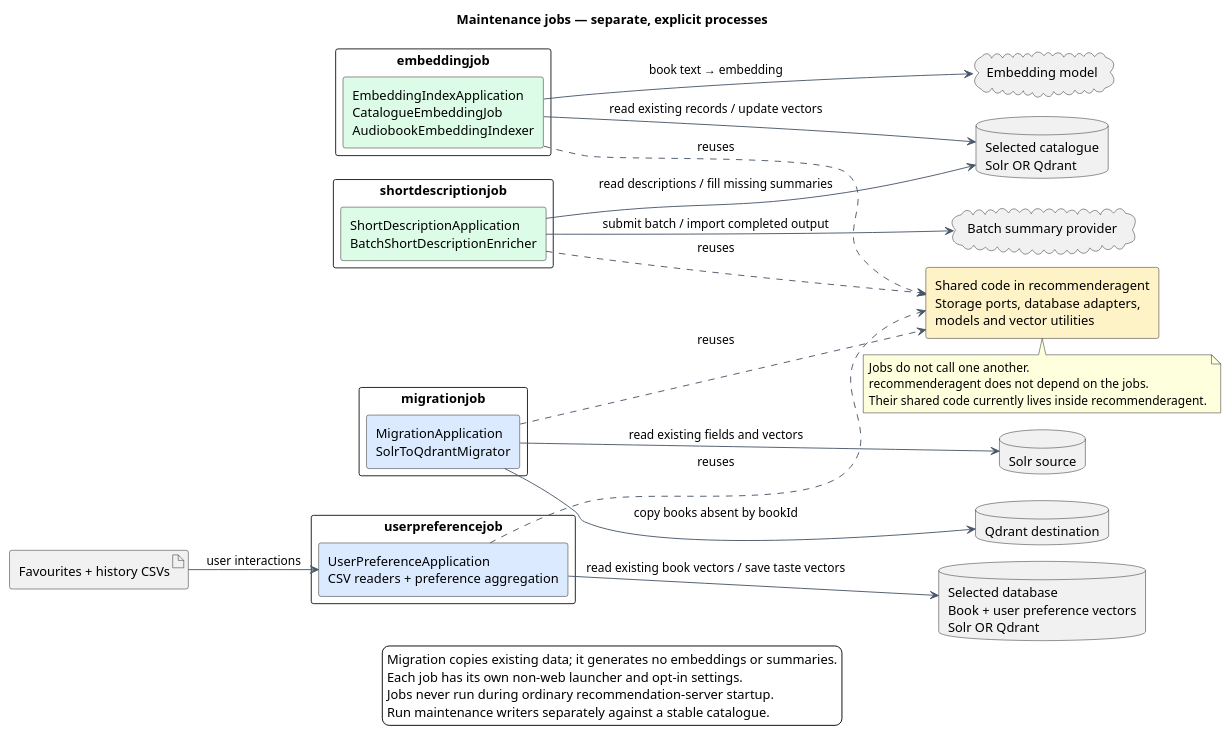
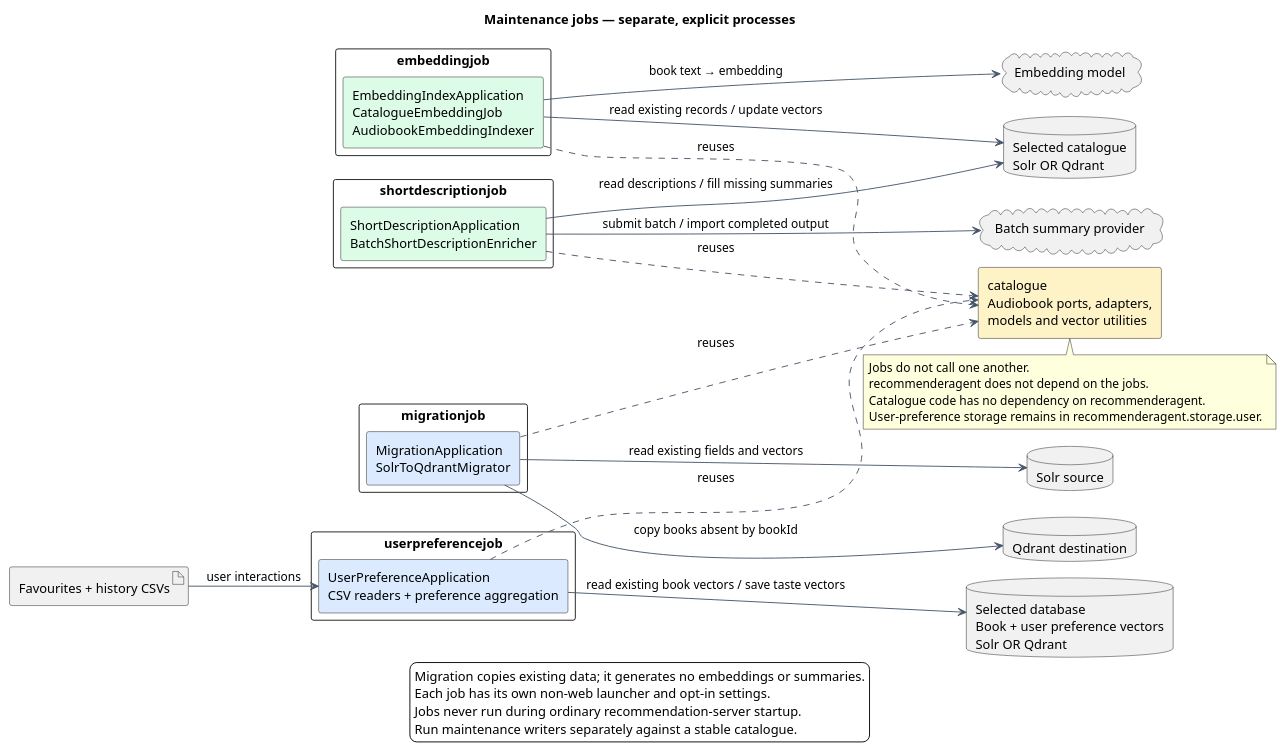
One commit to Juliu9/IT-Project changed the diagram in docs/diagrams/maintenance-jobs.puml. Above: the diagram before and after it, drawn with PlantUML. The commit also changed 9 other files, not shown here.

First line of the commit message:
Document shared catalogue and response generation responsibilities

```diff
--- a/docs/diagrams/maintenance-jobs.puml
+++ b/docs/diagrams/maintenance-jobs.puml
@@ -1,58 +1,59 @@
 @startuml
 !pragma layout smetana
 title Maintenance jobs — separate, explicit processes
 left to right direction
 skinparam backgroundColor #FFFFFF
 skinparam shadowing false
 skinparam componentStyle rectangle
 skinparam packageStyle rectangle
 skinparam defaultFontName SansSerif
 skinparam ArrowColor #475569
 
 package "embeddingjob" {
   component "EmbeddingIndexApplication\nCatalogueEmbeddingJob\nAudiobookEmbeddingIndexer" as Embedding #DCFCE7
 }
 package "shortdescriptionjob" {
   component "ShortDescriptionApplication\nBatchShortDescriptionEnricher" as Summary #DCFCE7
 }
 package "migrationjob" {
   component "MigrationApplication\nSolrToQdrantMigrator" as Migration #DBEAFE
 }
 package "userpreferencejob" {
   component "UserPreferenceApplication\nCSV readers + preference aggregation" as Preferences #DBEAFE
 }
-component "Shared code in recommenderagent\nStorage ports, database adapters,\nmodels and vector utilities" as Shared #FEF3C7
+component "catalogue\nAudiobook ports, adapters,\nmodels and vector utilities" as Shared #FEF3C7
 database "Selected catalogue\nSolr OR Qdrant" as Catalogue
 database "Solr source" as SolrSource
 database "Qdrant destination" as QdrantTarget
 database "Selected database\nBook + user preference vectors\nSolr OR Qdrant" as UserStore
 artifact "Favourites + history CSVs" as CSV
 cloud "Embedding model" as EmbeddingModel
 cloud "Batch summary provider" as SummaryModel
 
 Embedding ..> Shared : reuses
 Summary ..> Shared : reuses
 Migration ..> Shared : reuses
 Preferences ..> Shared : reuses
 
 Embedding --> Catalogue : read existing records / update vectors
 Embedding --> EmbeddingModel : book text → embedding
 Summary --> Catalogue : read descriptions / fill missing summaries
 Summary --> SummaryModel : submit batch / import completed output
 Migration --> SolrSource : read existing fields and vectors
 Migration --> QdrantTarget : copy books absent by bookId
 CSV --> Preferences : user interactions
 Preferences --> UserStore : read existing book vectors / save taste vectors
 
 note bottom of Shared
   Jobs do not call one another.
   recommenderagent does not depend on the jobs.
-  Their shared code currently lives inside recommenderagent.
+  Catalogue code has no dependency on recommenderagent.
+  User-preference storage remains in recommenderagent.storage.user.
 end note
 legend bottom
   Migration copies existing data; it generates no embeddings or summaries.
   Each job has its own non-web launcher and opt-in settings.
   Jobs never run during ordinary recommendation-server startup.
   Run maintenance writers separately against a stable catalogue.
 endlegend
 @enduml
```
